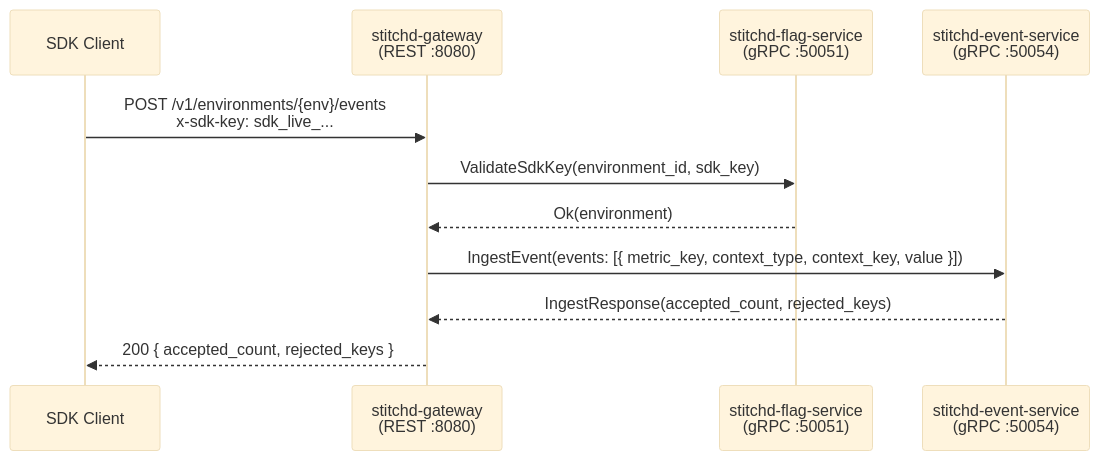
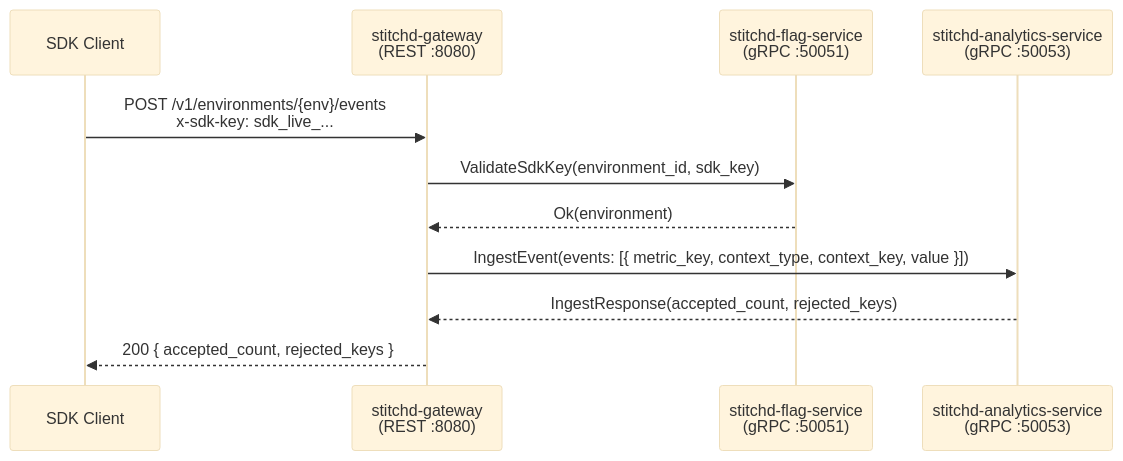
One commit to stitchd-dev/feature-flag changed the second of 4 diagrams in docs/src/architecture/service-flows.md. Above: the diagram before and after it, drawn with Mermaid (base theme). The commit also changed other lines of this file and 15 other files, not shown here.

First line of the commit message:
chore(workspace): delete orphan events/v1 proto + retired event-service docs (task 3.10)

````diff
--- a/docs/src/architecture/service-flows.md
+++ b/docs/src/architecture/service-flows.md
@@ -35,16 +35,16 @@
 ```mermaid
 sequenceDiagram
     participant SDK as SDK Client
     participant GW as stitchd-gateway<br/>(REST :8080)
     participant FS as stitchd-flag-service<br/>(gRPC :50051)
-    participant ES as stitchd-event-service<br/>(gRPC :50054)
+    participant ANS as stitchd-analytics-service<br/>(gRPC :50053)
 
     SDK->>GW: POST /v1/environments/{env}/events<br/>x-sdk-key: sdk_live_...
     GW->>FS: ValidateSdkKey(environment_id, sdk_key)
     FS-->>GW: Ok(environment)
 
-    GW->>ES: IngestEvent(events: [{ metric_key, context_type, context_key, value }])
-    ES-->>GW: IngestResponse(accepted_count, rejected_keys)
+    GW->>ANS: IngestEvent(events: [{ metric_key, context_type, context_key, value }])
+    ANS-->>GW: IngestResponse(accepted_count, rejected_keys)
 
     GW-->>SDK: 200 { accepted_count, rejected_keys }
 ```
````
